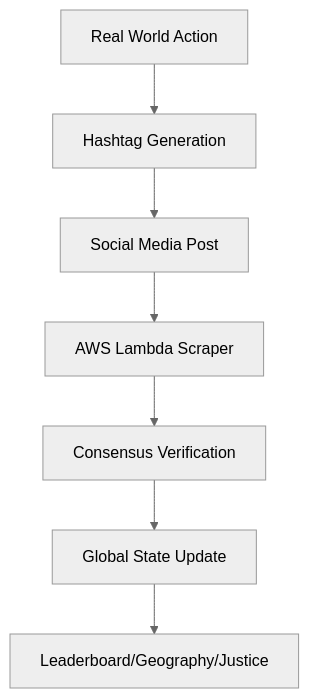
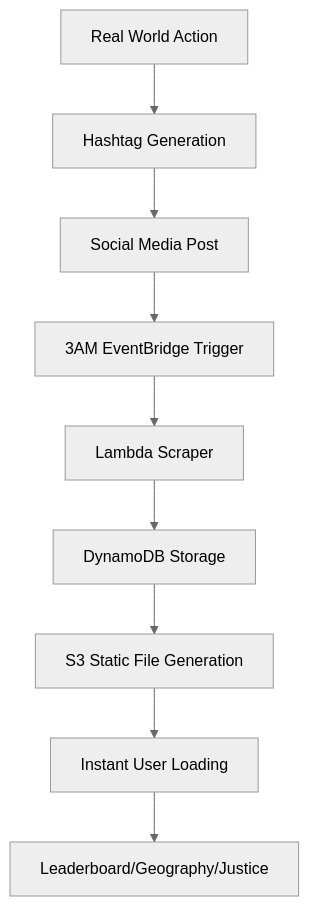
One commit to Shannon-Goddard/mission-mischief changed the diagram in README.md. Above: the diagram before and after it, drawn with Mermaid (neutral theme). The commit also changed other lines of this file and 9 other files, not shown here.

````diff
--- a/README.md
+++ b/README.md
@@ -76,9 +77,11 @@
 ```mermaid
 graph TD
     A[Real World Action] --> B[Hashtag Generation]
     B --> C[Social Media Post]
-    C --> D[AWS Lambda Scraper]
-    D --> E[Consensus Verification]
-    E --> F[Global State Update]
-    F --> G[Leaderboard/Geography/Justice]
+    C --> D[3AM EventBridge Trigger]
+    D --> E[Lambda Scraper]
+    E --> F[DynamoDB Storage]
+    F --> G[S3 Static File Generation]
+    G --> H[Instant User Loading]
+    H --> I[Leaderboard/Geography/Justice]
 ```
````
